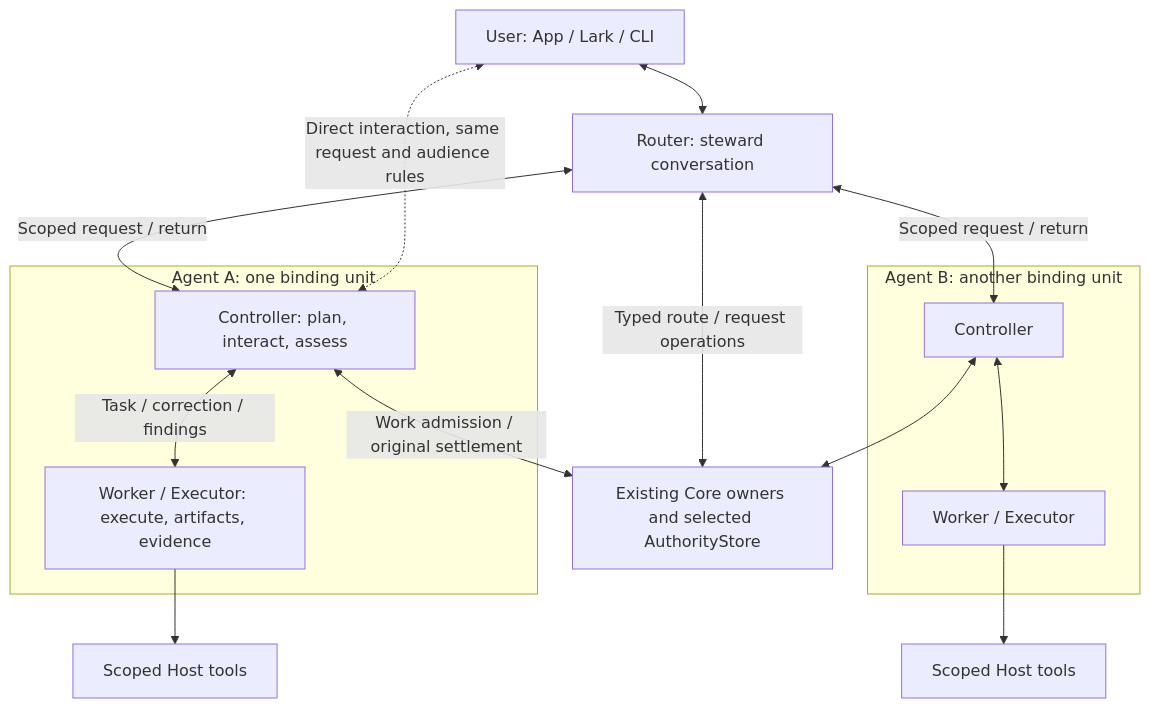
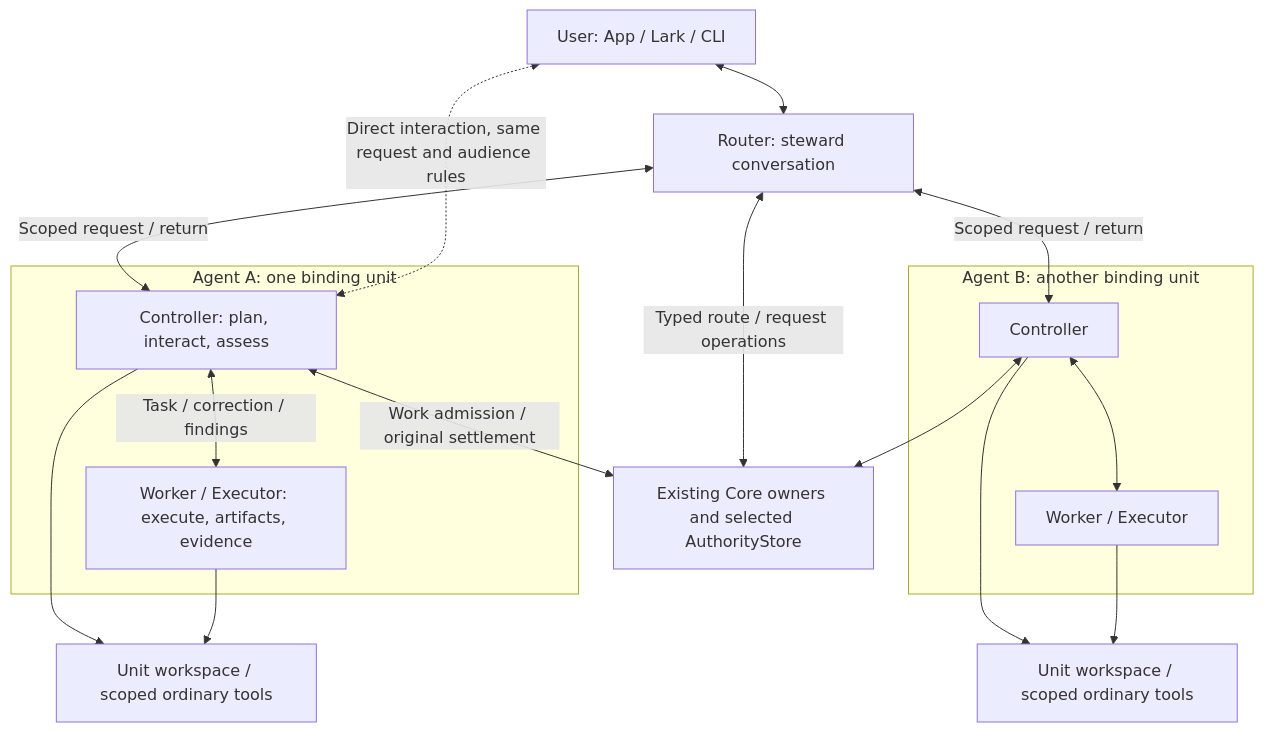
One commit to loopx-project/loopx changed the first of 9 diagrams in docs/architecture/rfcs/controller-executor-unified-contract-v0.md. Above: the diagram before and after it, drawn with Mermaid. The commit also changed other lines of this file and 1 other file, not shown here.

Commit message:
docs: specify controller session discovery and shared workspace access

````diff
--- a/docs/architecture/rfcs/controller-executor-unified-contract-v0.md
+++ b/docs/architecture/rfcs/controller-executor-unified-contract-v0.md
@@ -26,22 +26,24 @@
 ```mermaid
 flowchart TB
   U[User: App / Lark / CLI] <--> R[Router: steward conversation]
   R <-->|Scoped request / return| C1
   R <-->|Scoped request / return| C2
   U <-.->|Direct interaction, same request and audience rules| C1
   subgraph A[Agent A: one binding unit]
     C1[Controller: plan, interact, assess]
     W1[Worker / Executor: execute, artifacts, evidence]
     C1 <-->|Task / correction / findings| W1
   end
   subgraph B[Agent B: another binding unit]
     C2[Controller]
     W2[Worker / Executor]
     C2 <--> W2
   end
   R <-->|Typed route / request operations| K[Existing Core owners and selected AuthorityStore]
   C1 <-->|Work admission / original settlement| K
   C2 <--> K
-  W1 --> H1[Scoped Host tools]
-  W2 --> H2[Scoped Host tools]
+  C1 --> H1[Unit workspace / scoped ordinary tools]
+  W1 --> H1
+  C2 --> H2[Unit workspace / scoped ordinary tools]
+  W2 --> H2
 ```
````
